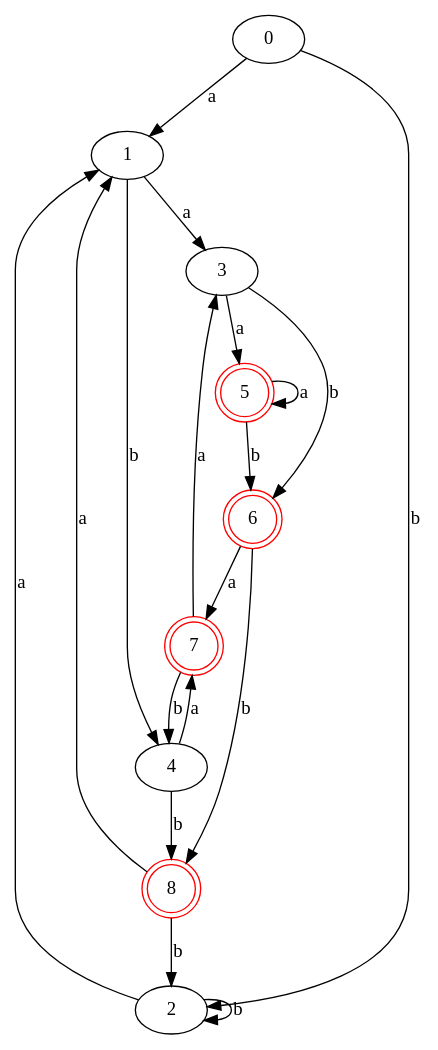
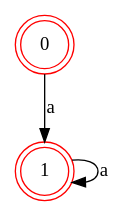
Before and after one commit to JameyWoo/re2graph: the diagram in tmp/test_dfa.dot, drawn with Graphviz. The commit also changed 10 other files, not shown here.

```diff
--- a/tmp/test_dfa.dot
+++ b/tmp/test_dfa.dot
@@ -1,29 +1,6 @@
 digraph {
-	0 [label="0"]
-	1 [label="1"]
-	2 [label="2"]
-	3 [label="3"]
-	4 [label="4"]
-	5 [label="5" color=red shape=doublecircle]
-	6 [label="6" color=red shape=doublecircle]
-	7 [label="7" color=red shape=doublecircle]
-	8 [label="8" color=red shape=doublecircle]
+	0 [label="0" color=red shape=doublecircle]
+	1 [label="1" color=red shape=doublecircle]
 	0 -> 1 [label="a"]
-	0 -> 2 [label="b"]
-	1 -> 3 [label="a"]
-	1 -> 4 [label="b"]
-	2 -> 1 [label="a"]
-	2 -> 2 [label="b"]
-	3 -> 5 [label="a"]
-	3 -> 6 [label="b"]
-	4 -> 7 [label="a"]
-	4 -> 8 [label="b"]
-	5 -> 5 [label="a"]
-	5 -> 6 [label="b"]
-	6 -> 7 [label="a"]
-	6 -> 8 [label="b"]
-	7 -> 3 [label="a"]
-	7 -> 4 [label="b"]
-	8 -> 1 [label="a"]
-	8 -> 2 [label="b"]
+	1 -> 1 [label="a"]
 }
```
